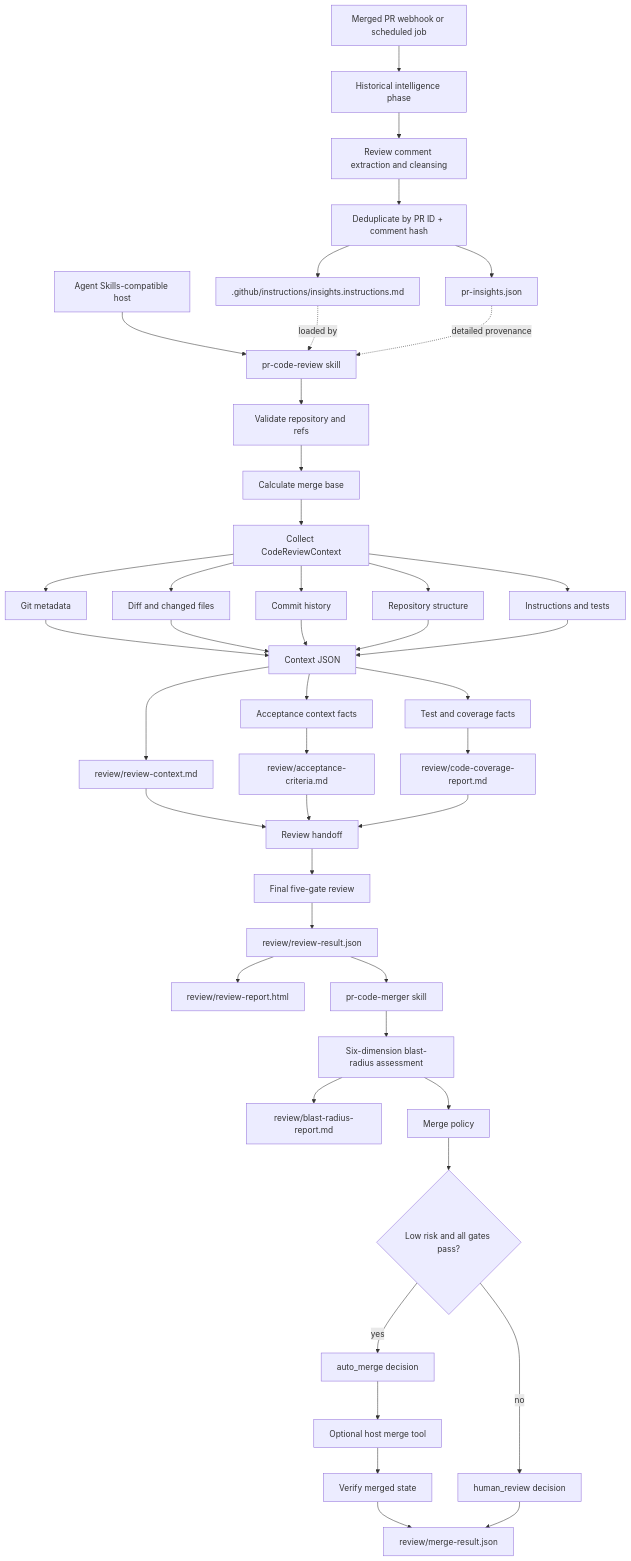
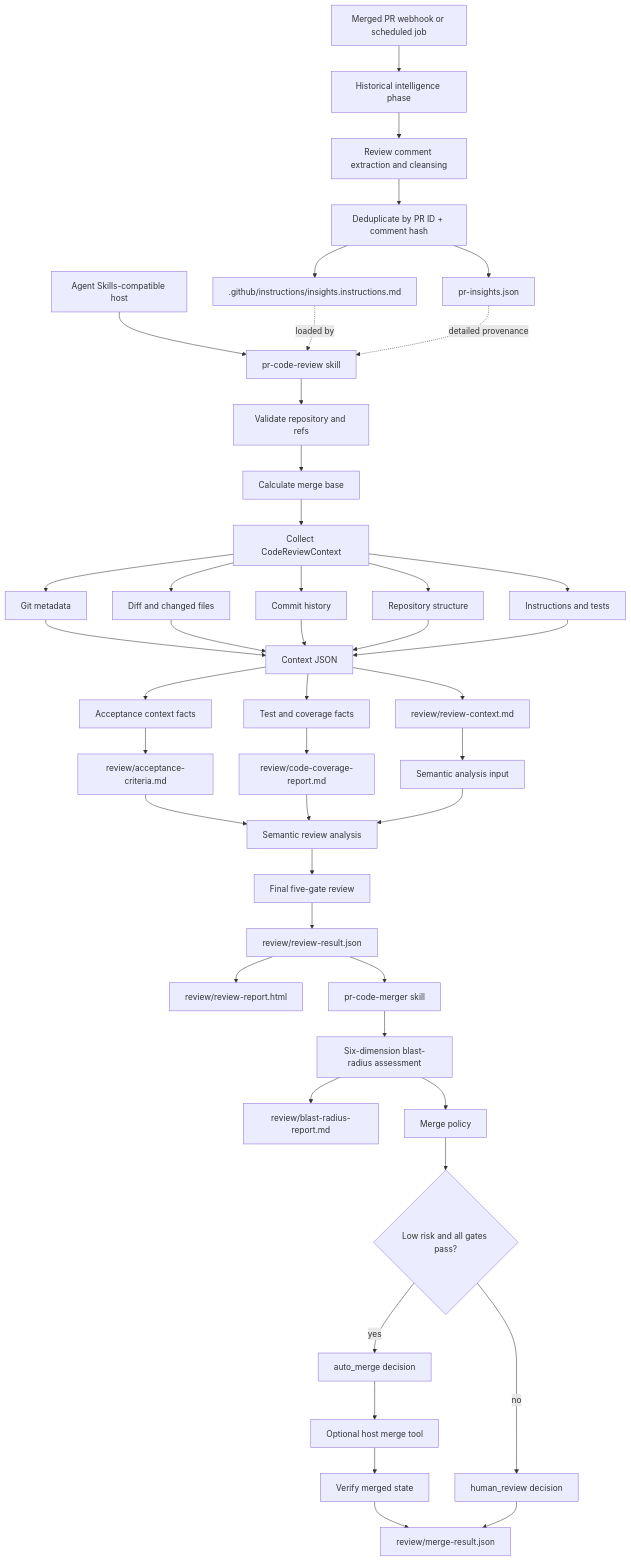
One commit to ArjunVijayan/code-review-agent-experiment changed the diagram in pr-quality-assistant/FLOW.md. Above: the diagram before and after it, drawn with Mermaid. The commit also changed 8 other files, not shown here.

Commit message:
updated the plugin with semantic analysis

````diff
--- a/pr-quality-assistant/FLOW.md
+++ b/pr-quality-assistant/FLOW.md
@@ -3,49 +3,50 @@
 ```mermaid
 flowchart TD
     H[Agent Skills-compatible host] --> CR[pr-code-review skill]
     CR --> V[Validate repository and refs]
     V --> MB[Calculate merge base]
     MB --> C[Collect CodeReviewContext]
     C --> GM[Git metadata]
     C --> DF[Diff and changed files]
     C --> CH[Commit history]
     C --> RS[Repository structure]
     C --> IT[Instructions and tests]
     GM --> CT[Context JSON]
     DF --> CT
     CH --> CT
     RS --> CT
     IT --> CT
     CT --> MD[review/review-context.md]
     CT --> AC[Acceptance context facts]
     AC --> ACM[review/acceptance-criteria.md]
     CT --> TC[Test and coverage facts]
     TC --> TCM[review/code-coverage-report.md]
-    MD --> RH[Review handoff]
+    MD --> SA[Semantic analysis input]
     ACM --> RH
     TCM --> RH
+    SA --> RH[Semantic review analysis]
     RH --> FR[Final five-gate review]
     FR --> RR[review/review-result.json]
     RR --> HTML[review/review-report.html]
 
     RR --> MR[pr-code-merger skill]
     MR --> BR[Six-dimension blast-radius assessment]
     BR --> BRM[review/blast-radius-report.md]
     BR --> MP[Merge policy]
     MP --> DEC{Low risk and all gates pass?}
     DEC -->|yes| AM[auto_merge decision]
     DEC -->|no| HR[human_review decision]
     AM --> MERGE[Optional host merge tool]
     MERGE --> VERIFY[Verify merged state]
     VERIFY --> MJSON[review/merge-result.json]
     HR --> MJSON
 
     W[Merged PR webhook or scheduled job] --> RI[Historical intelligence phase]
     RI --> IG[Review comment extraction and cleansing]
     IG --> D[Deduplicate by PR ID + comment hash]
     D --> J[pr-insights.json]
     D --> I[.github/instructions/insights.instructions.md]
     I -. loaded by .-> CR
     J -. detailed provenance .-> CR
 
 ```
````
